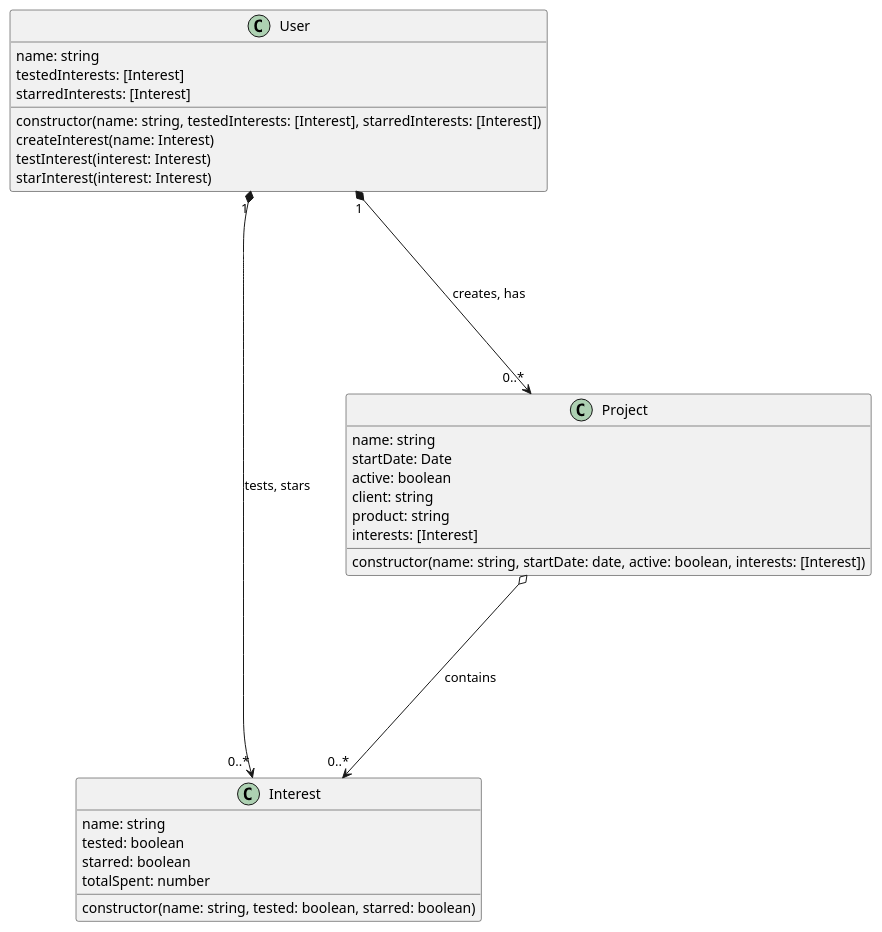
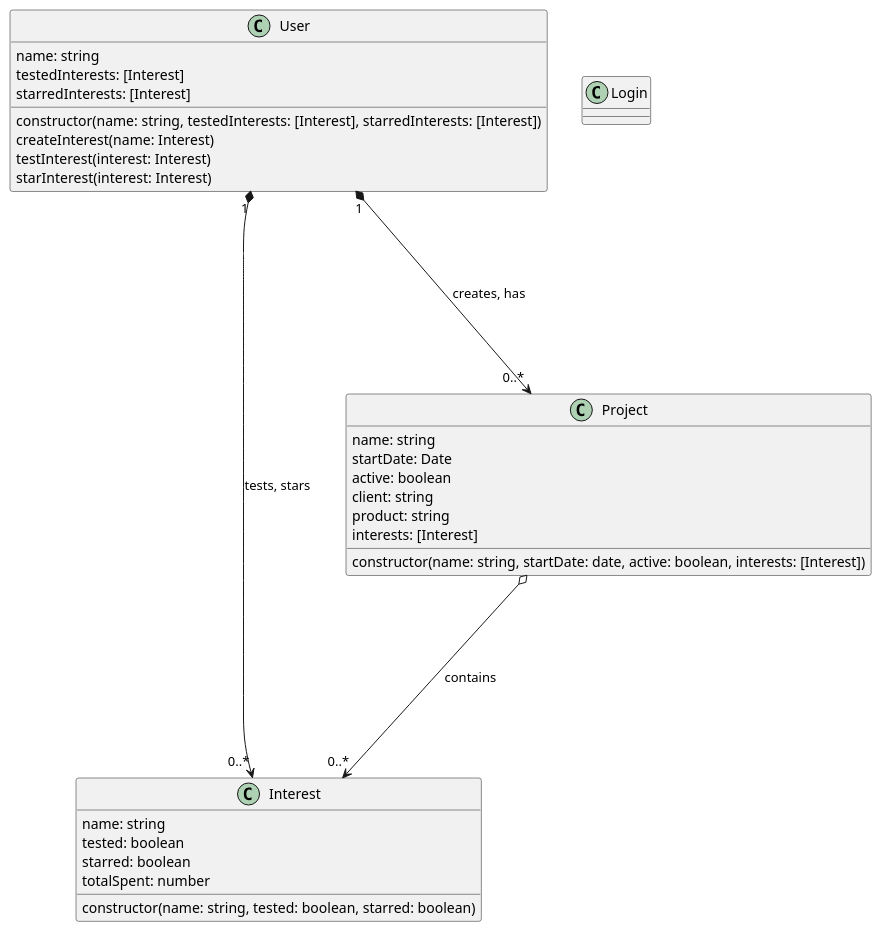
One commit to HauWv/interest-finder changed the diagram in architecture/class.puml. Above: the diagram before and after it, drawn with PlantUML. The commit also changed 1 other file, not shown here.

```diff
--- a/architecture/class.puml
+++ b/architecture/class.puml
@@ -1,34 +1,38 @@
 @startuml Marketing-Project Class Diagram
 class User {
     name: string
     testedInterests: [Interest]
     starredInterests: [Interest]
     constructor(name: string, testedInterests: [Interest], starredInterests: [Interest])
     createInterest(name: Interest)
     testInterest(interest: Interest)
     starInterest(interest: Interest)
 }
 
 class Interest {
     name: string
     tested: boolean
     starred: boolean
     totalSpent: number
     constructor(name: string, tested: boolean, starred: boolean)
 }
 
 class Project {
     name: string
     startDate: Date
     active: boolean
     client: string
     product: string
     interests: [Interest]
     constructor(name: string, startDate: date, active: boolean, interests: [Interest])
 }
 
+class Login {
+    
+}
+
 User "1" *----> "0..*" Interest : tests, stars
 User "1" *----> "0..*" Project : creates, has
 Project o----> "0..*" Interest : contains
 
 @enduml
```
